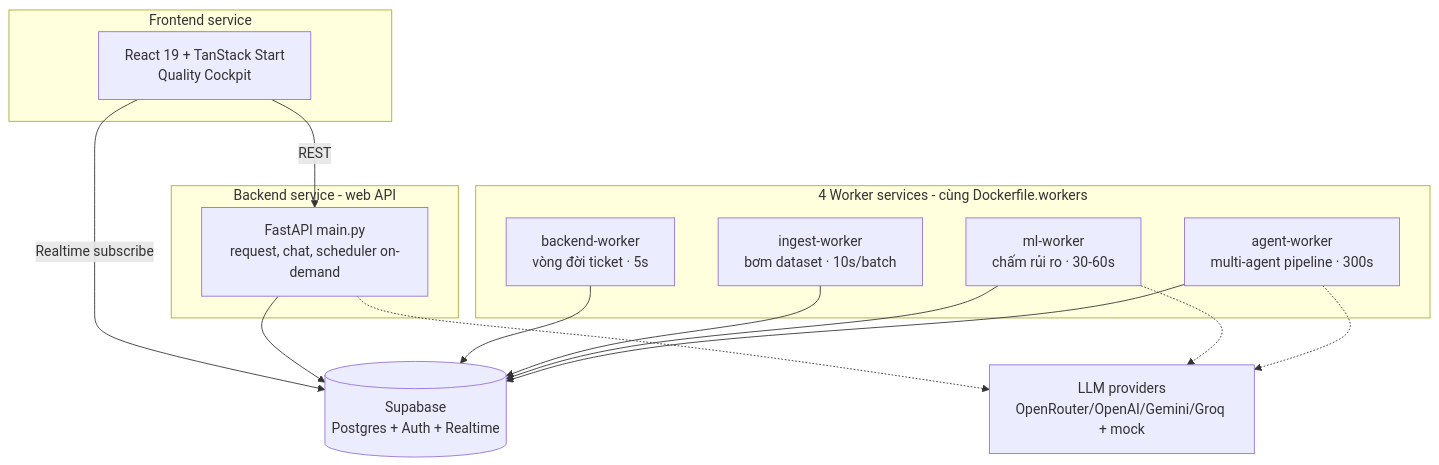
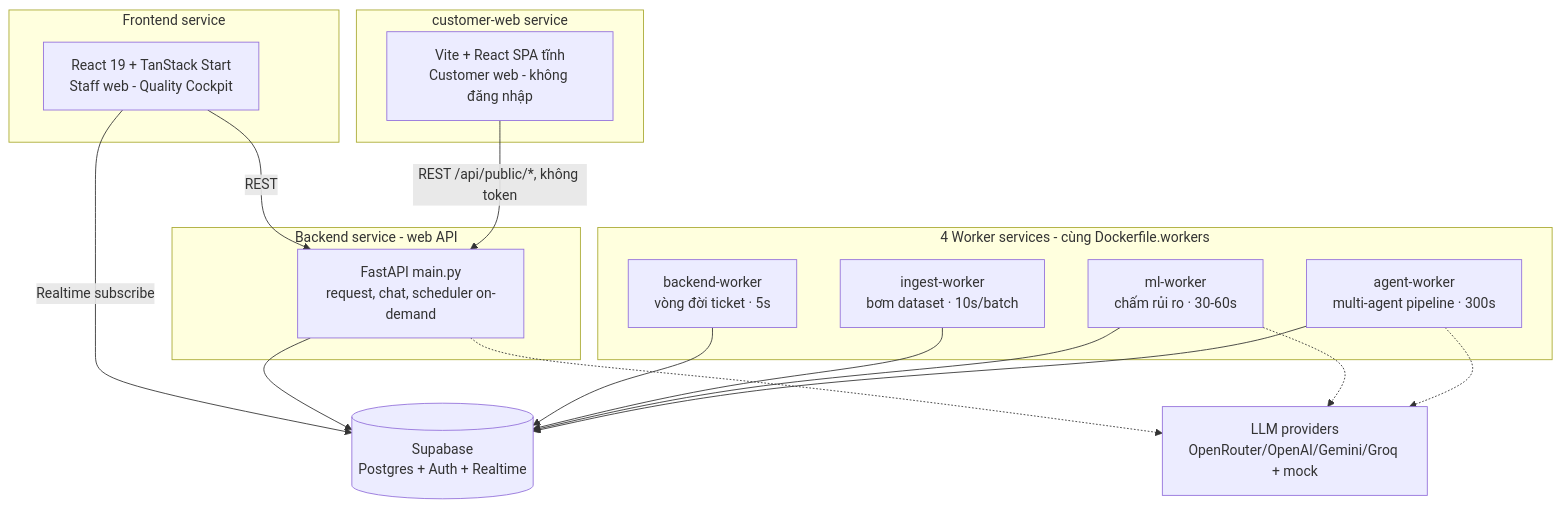
Before and after one commit to Kez-DE/AI-Quality-Intelligence-Platform: the first of 5 diagrams in docs/project/co_che.md, drawn with Mermaid. The commit also changed other lines of this file and 25 other files, not shown here.

````diff
--- a/docs/project/co_che.md
+++ b/docs/project/co_che.md
@@ -45,28 +48,32 @@
 ```mermaid
 flowchart TB
     subgraph FE[Frontend service]
-        UI[React 19 + TanStack Start<br/>Quality Cockpit]
+        UI[React 19 + TanStack Start<br/>Staff web - Quality Cockpit]
+    end
+    subgraph CW[customer-web service]
+        CWUI[Vite + React SPA tĩnh<br/>Customer web - không đăng nhập]
     end
     subgraph BE[Backend service - web API]
         API[FastAPI main.py<br/>request, chat, scheduler on-demand]
     end
     subgraph WK[4 Worker services - cùng Dockerfile.workers]
         W1[backend-worker<br/>vòng đời ticket · 5s]
         W2[ingest-worker<br/>bơm dataset · 10s/batch]
         W3[ml-worker<br/>chấm rủi ro · 30-60s]
         W4[agent-worker<br/>multi-agent pipeline · 300s]
     end
     DB[(Supabase<br/>Postgres + Auth + Realtime)]
     LLM[LLM providers<br/>OpenRouter/OpenAI/Gemini/Groq + mock]
 
     UI -->|REST| API
+    CWUI -->|REST /api/public/*, không token| API
     UI -->|Realtime subscribe| DB
     API --> DB
     W1 --> DB
     W2 --> DB
     W3 --> DB
     W4 --> DB
     API -.-> LLM
     W3 -.-> LLM
     W4 -.-> LLM
 ```
````
